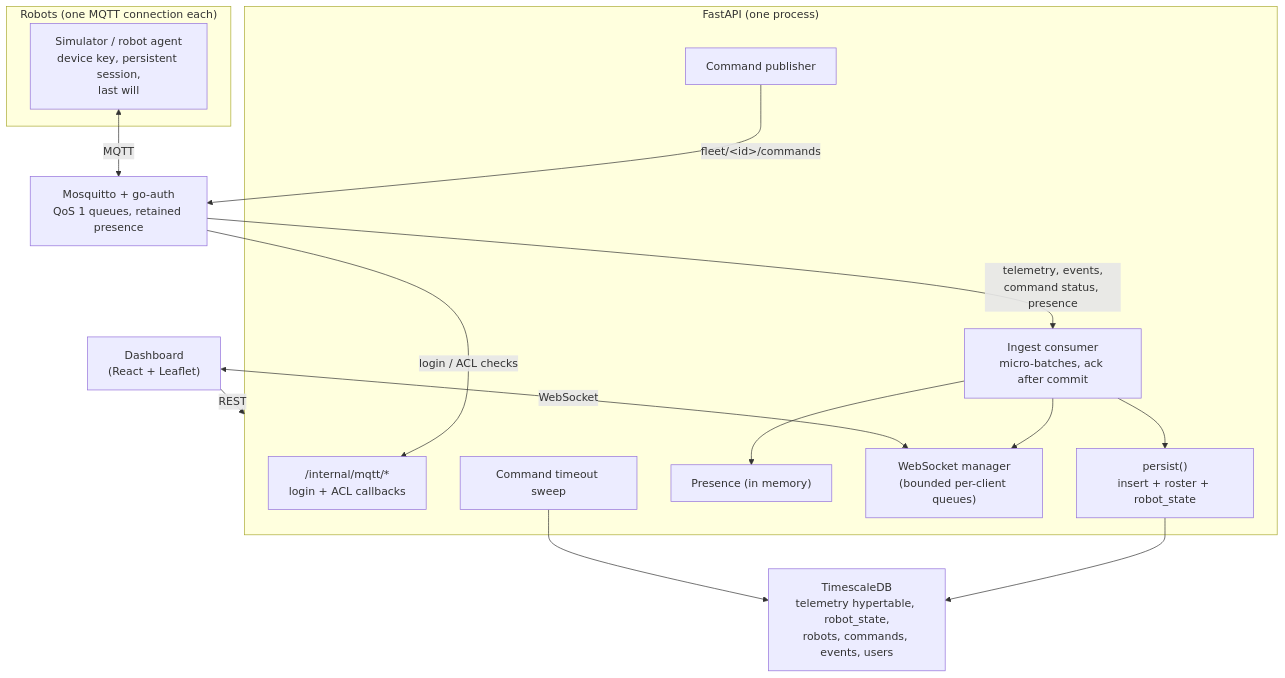
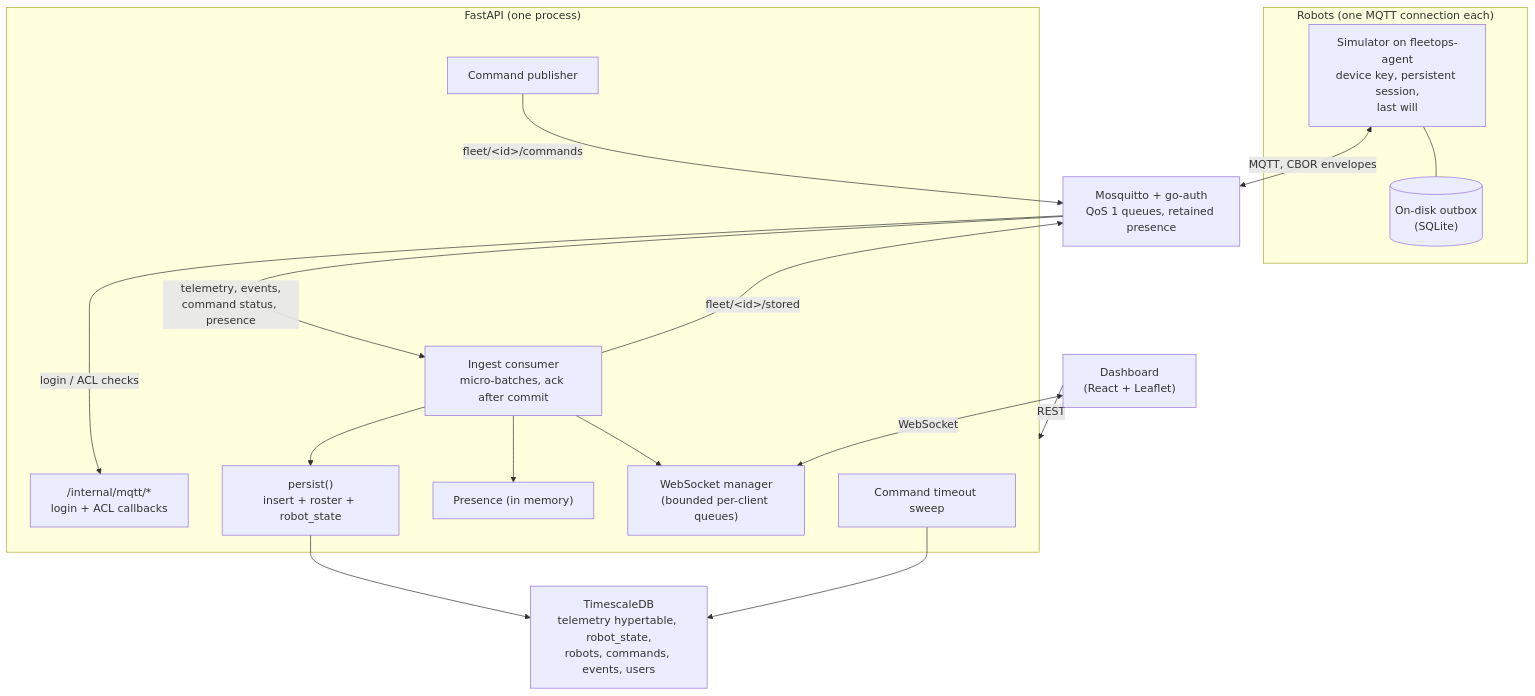
The diagram in docs/architecture.md (colin-110/robot-fleet-platform), drawn with Mermaid before and after one commit. The commit also changed other lines of this file and 40 other files, not shown here.

First line of the commit message:
Add the robot agent: compact wire format, on-disk outbox and confirmed delivery

````diff
--- a/docs/architecture.md
+++ b/docs/architecture.md
@@ -11,32 +11,35 @@
 ```mermaid
 graph TB
   subgraph Robots["Robots (one MQTT connection each)"]
-    SIM["Simulator / robot agent<br/>device key, persistent session,<br/>last will"]
+    SIM["Simulator on fleetops-agent<br/>device key, persistent session,<br/>last will"]
+    OUTBOX[("On-disk outbox<br/>(SQLite)")]
   end
 
   BROKER["Mosquitto + go-auth<br/>QoS 1 queues, retained presence"]
 
   subgraph API["FastAPI (one process)"]
     AUTH["/internal/mqtt/*<br/>login + ACL callbacks"]
     INGEST["Ingest consumer<br/>micro-batches, ack after commit"]
     PERSIST["persist()<br/>insert + roster + robot_state"]
     CMDS["Command publisher"]
     PRES["Presence (in memory)"]
     WS["WebSocket manager<br/>(bounded per-client queues)"]
     TIMEOUTS["Command timeout sweep"]
   end
 
   PG["TimescaleDB<br/>telemetry hypertable, robot_state,<br/>robots, commands, events, users"]
   DASH["Dashboard<br/>(React + Leaflet)"]
 
-  SIM <-->|"MQTT"| BROKER
+  SIM --- OUTBOX
+  SIM <-->|"MQTT, CBOR envelopes"| BROKER
   BROKER -->|"login / ACL checks"| AUTH
   BROKER -->|"telemetry, events,<br/>command status, presence"| INGEST
   INGEST --> PERSIST --> PG
   INGEST --> PRES
   CMDS -->|"fleet/&lt;id&gt;/commands"| BROKER
+  INGEST -->|"fleet/&lt;id&gt;/stored"| BROKER
   INGEST --> WS
   DASH <-->|"WebSocket"| WS
   DASH -->|"REST"| API
   TIMEOUTS --> PG
 ```
````
